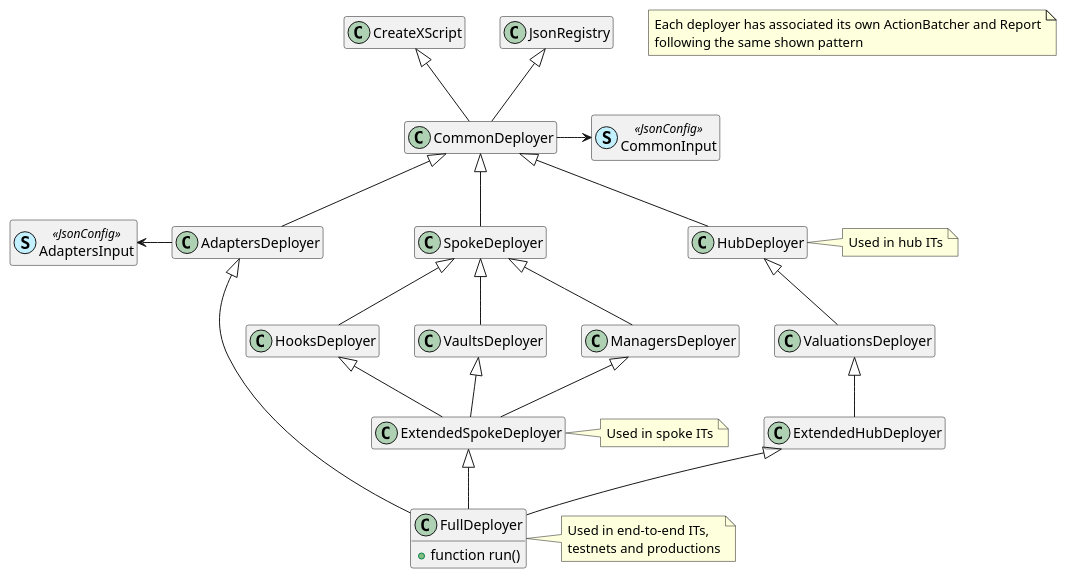
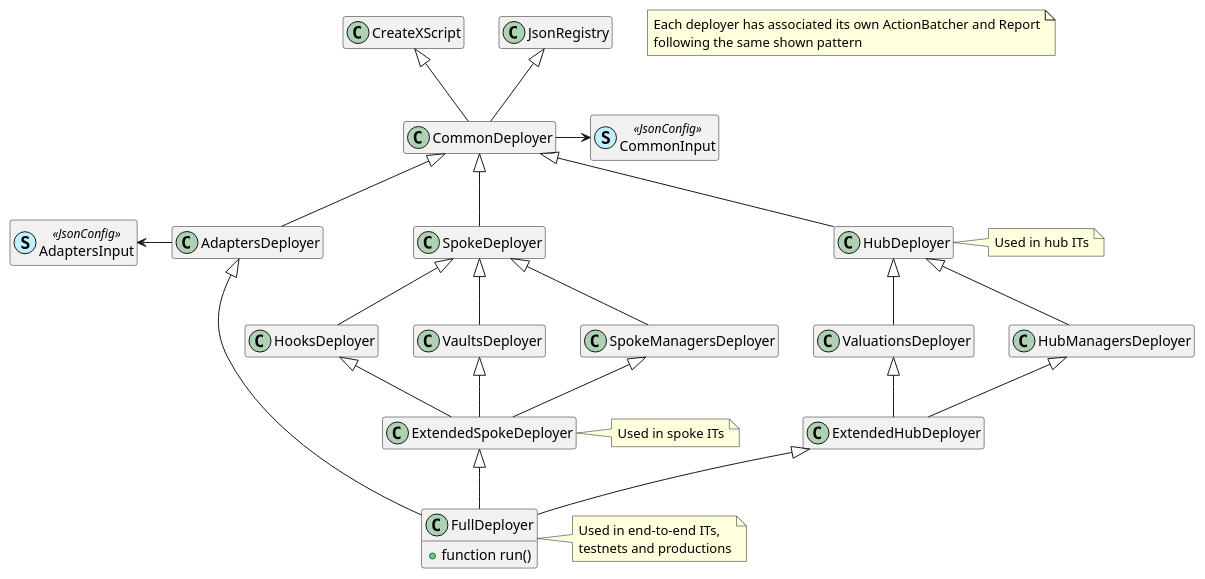
Before and after one commit to centrifuge/protocol: the diagram in docs/architecture/deployers.puml, drawn with PlantUML. The commit also changed 31 other files, not shown here.

Commit message:
split hub/spoke managers

```diff
--- a/docs/architecture/deployers.puml
+++ b/docs/architecture/deployers.puml
@@ -1,56 +1,60 @@
 @startuml
 hide empty members
 
 note "Each deployer has associated its own ActionBatcher and Report\nfollowing the same shown pattern" as N1
 
 class JsonRegistry
 class CreateXScript
 
 class CommonDeployer
 class HubDeployer
 class SpokeDeployer
 class AdaptersDeployer
 
 class ValuationsDeployer
+class HubManagersDeployer
 class ExtendedHubDeployer
 
-class ManagersDeployer
+class SpokeManagersDeployer
 class VaultsDeployer
 class HooksDeployer
 class ExtendedSpokeDeployer
 
 class FullDeployer {
     + function run()
 }
 
 class CommonInput << (S,application) JsonConfig >>
 class AdaptersInput << (S,application) JsonConfig >>
 
 CommonDeployer -up-|> JsonRegistry
 CommonDeployer -up-|> CreateXScript
 HubDeployer -up-|> CommonDeployer
 SpokeDeployer -up-|> CommonDeployer
 AdaptersDeployer -up-|> CommonDeployer
 
+HubManagersDeployer -up-|> HubDeployer
 ValuationsDeployer -up-|> HubDeployer
+
+ExtendedHubDeployer -up-|> HubManagersDeployer
 ExtendedHubDeployer -up-|> ValuationsDeployer
 
-ManagersDeployer -up-|> SpokeDeployer
+SpokeManagersDeployer -up-|> SpokeDeployer
 VaultsDeployer -up-|> SpokeDeployer
 HooksDeployer -up-|> SpokeDeployer
 
-ExtendedSpokeDeployer -up-|> ManagersDeployer
+ExtendedSpokeDeployer -up-|> SpokeManagersDeployer
 ExtendedSpokeDeployer -up-|> VaultsDeployer
 ExtendedSpokeDeployer -up-|> HooksDeployer
 
 FullDeployer -up-|> ExtendedHubDeployer
 FullDeployer -up-|> ExtendedSpokeDeployer
 FullDeployer -up---|> AdaptersDeployer
 
 CommonDeployer -> CommonInput
 AdaptersDeployer -left> AdaptersInput
 
 note right of ExtendedSpokeDeployer: Used in spoke ITs
 note right of HubDeployer: Used in hub ITs
 note right of FullDeployer: Used in end-to-end ITs,\ntestnets and productions
 @enduml
```
